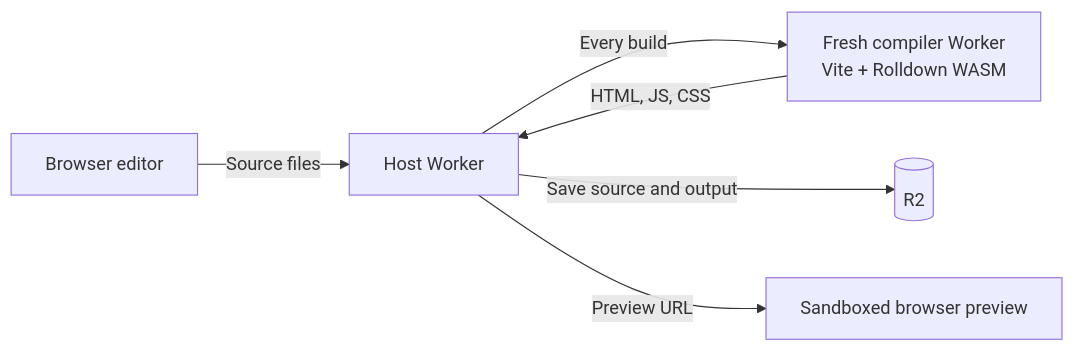
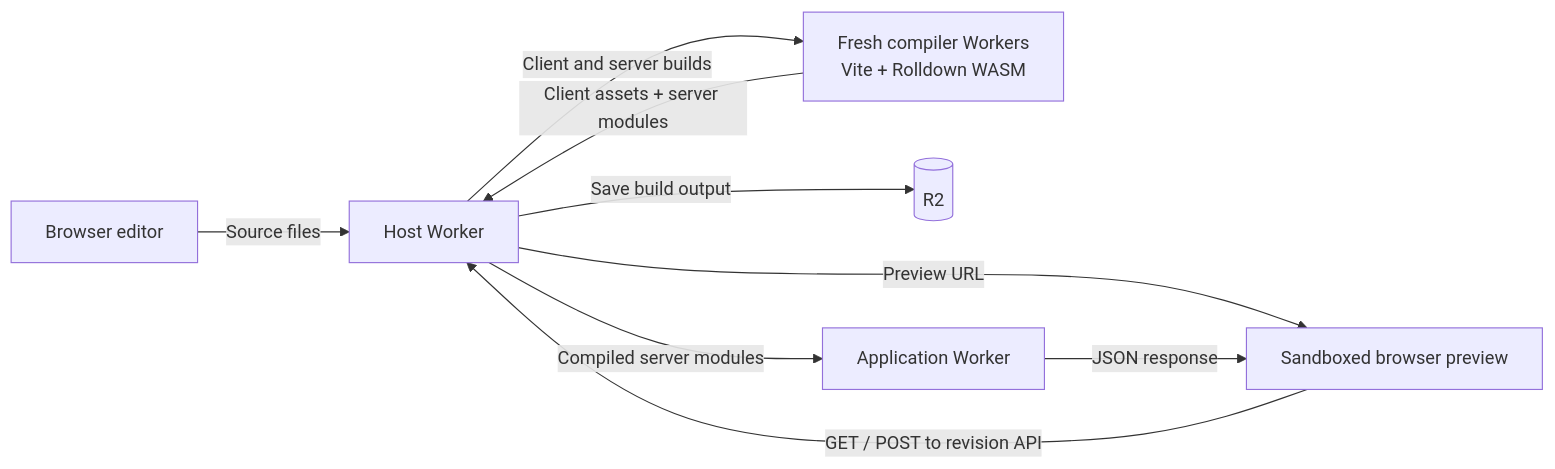
The first of 2 diagrams in README.md (irvinebroque/vite-in-workers), drawn with Mermaid before and after one commit. The commit also changed other lines of this file and 34 other files, not shown here.

Commit message:
Compile and run the demo server in Workers with a unified cf setup

````diff
--- a/README.md
+++ b/README.md
@@ -5,8 +7,11 @@
 ```mermaid
 flowchart LR
     Editor[Browser editor] -->|Source files| Host[Host Worker]
-    Host -->|Every build| Compiler["Fresh compiler Worker<br/>Vite + Rolldown WASM"]
-    Compiler -->|HTML, JS, CSS| Host
-    Host -->|Save source and output| R2[(R2)]
+    Host -->|Client and server builds| Compiler["Fresh compiler Workers<br/>Vite + Rolldown WASM"]
+    Compiler -->|Client assets + server modules| Host
+    Host -->|Save build output| R2[(R2)]
     Host -->|Preview URL| Preview[Sandboxed browser preview]
+    Preview -->|GET / POST to revision API| Host
+    Host -->|Compiled server modules| Server[Application Worker]
+    Server -->|JSON response| Preview
 ```
````
